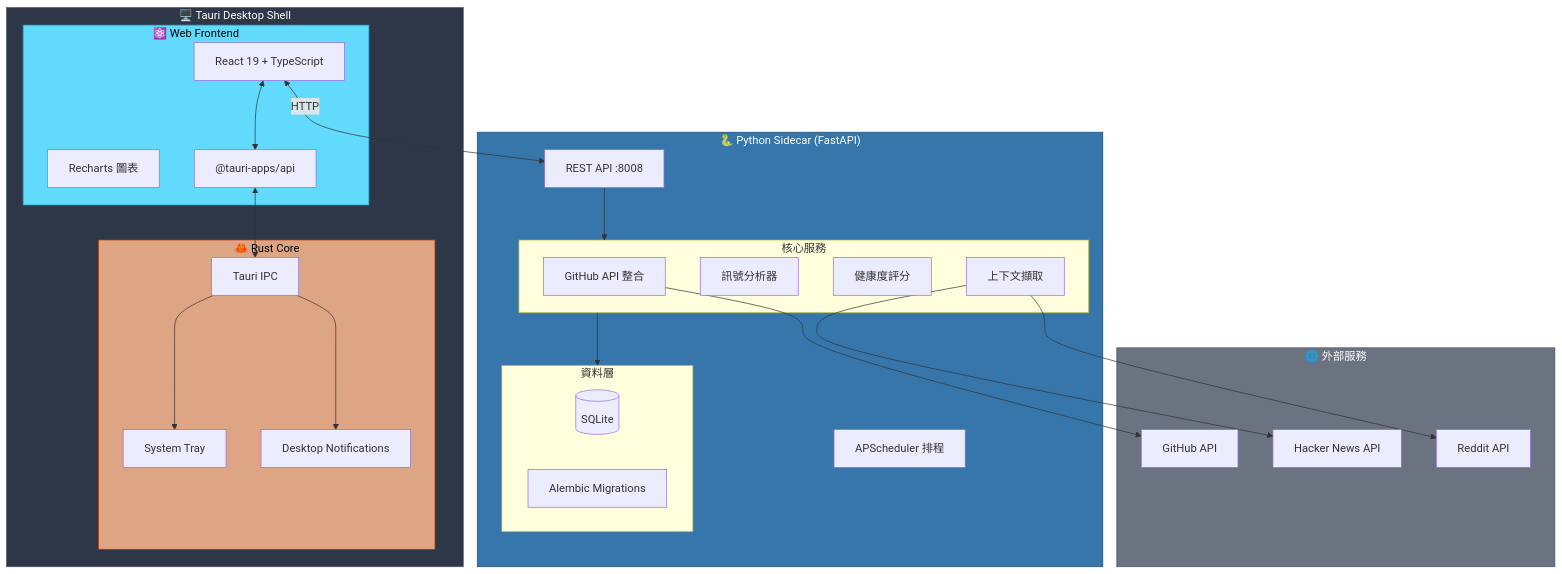
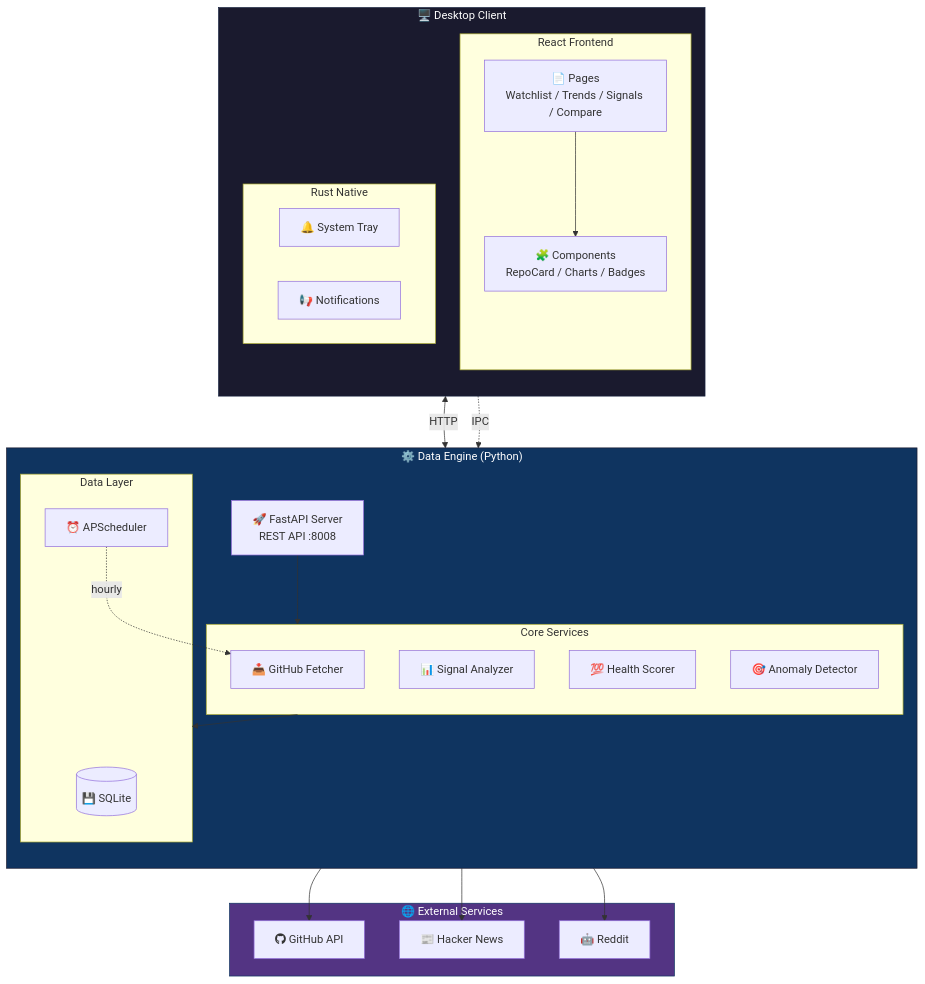
One commit to Neal75418/StarScope changed the diagram in README.md. Above: the diagram before and after it, drawn with Mermaid.

Commit message:
docs: 優化技術架構 Mermaid 圖表
- 使用 emoji 增加視覺吸引力
- 重新組織結構更清晰 (Desktop Client / Data Engine / External)
- 加入元件細節說明
- 使用 classDef 定義顏色樣式
- 虛線表示非同步/排程連接

````diff
--- a/README.md
+++ b/README.md
@@ -50,57 +50,53 @@
 ```mermaid
-flowchart TB
-    subgraph Tauri["🖥️ Tauri Desktop Shell"]
-        subgraph Frontend["⚛️ Web Frontend"]
-            React["React 19 + TypeScript"]
-            Recharts["Recharts 圖表"]
-            TauriAPI["@tauri-apps/api"]
+graph TB
+    subgraph Client["🖥️ Desktop Client"]
+        direction TB
+        subgraph UI["React Frontend"]
+            Pages["📄 Pages<br/>Watchlist / Trends / Signals / Compare"]
+            Components["🧩 Components<br/>RepoCard / Charts / Badges"]
         end
-
-        subgraph RustCore["🦀 Rust Core"]
-            IPC["Tauri IPC"]
-            Tray["System Tray"]
-            Notify["Desktop Notifications"]
+        subgraph Native["Rust Native"]
+            Tray["🔔 System Tray"]
+            Notify["📢 Notifications"]
         end
+        Pages --> Components
     end
 
-    subgraph Sidecar["🐍 Python Sidecar (FastAPI)"]
-        API["REST API :8008"]
-        Scheduler["APScheduler 排程"]
-
-        subgraph Services["核心服務"]
-            GitHub["GitHub API 整合"]
-            Analyzer["訊號分析器"]
-            HealthScorer["健康度評分"]
-            ContextFetcher["上下文擷取"]
+    subgraph Engine["⚙️ Data Engine (Python)"]
+        direction TB
+        API["🚀 FastAPI Server<br/>REST API :8008"]
+        subgraph Core["Core Services"]
+            Fetch["📥 GitHub Fetcher"]
+            Analyze["📊 Signal Analyzer"]
+            Score["💯 Health Scorer"]
+            Detect["🎯 Anomaly Detector"]
         end
-
-        subgraph Storage["資料層"]
-            SQLite[(SQLite)]
-            Alembic["Alembic Migrations"]
+        subgraph Data["Data Layer"]
+            DB[("💾 SQLite")]
+            Schedule["⏰ APScheduler"]
         end
+        API --> Core
+        Core --> Data
+        Schedule -.->|hourly| Fetch
     end
 
-    subgraph External["🌐 外部服務"]
-        GitHubAPI["GitHub API"]
-        HackerNews["Hacker News API"]
-        Reddit["Reddit API"]
+    subgraph External["🌐 External Services"]
+        GH["fab:fa-github GitHub API"]
+        HN["📰 Hacker News"]
+        RD["🤖 Reddit"]
     end
 
-    React <--> TauriAPI
-    TauriAPI <--> IPC
-    React <-->|HTTP| API
-    IPC --> Tray
-    IPC --> Notify
+    Components <-->|HTTP| API
+    Native -.->|IPC| API
+    Fetch --> GH
+    Analyze --> HN
+    Analyze --> RD
 
-    API --> Services
-    Services --> Storage
-    GitHub --> GitHubAPI
-    ContextFetcher --> HackerNews
-    ContextFetcher --> Reddit
+    classDef client fill:#1a1a2e,stroke:#16213e,color:#fff
+    classDef engine fill:#0f3460,stroke:#1a1a2e,color:#fff
+    classDef external fill:#533483,stroke:#0f3460,color:#fff
 
-    style Tauri fill:#2d3748,stroke:#4a5568,color:#fff
-    style Frontend fill:#61dafb,stroke:#21a0c2,color:#000
-    style RustCore fill:#dea584,stroke:#b7410e,color:#000
-    style Sidecar fill:#3776ab,stroke:#1e4a6d,color:#fff
-    style External fill:#6b7280,stroke:#4b5563,color:#fff
+    class Client client
+    class Engine engine
+    class External external
 ```
````
